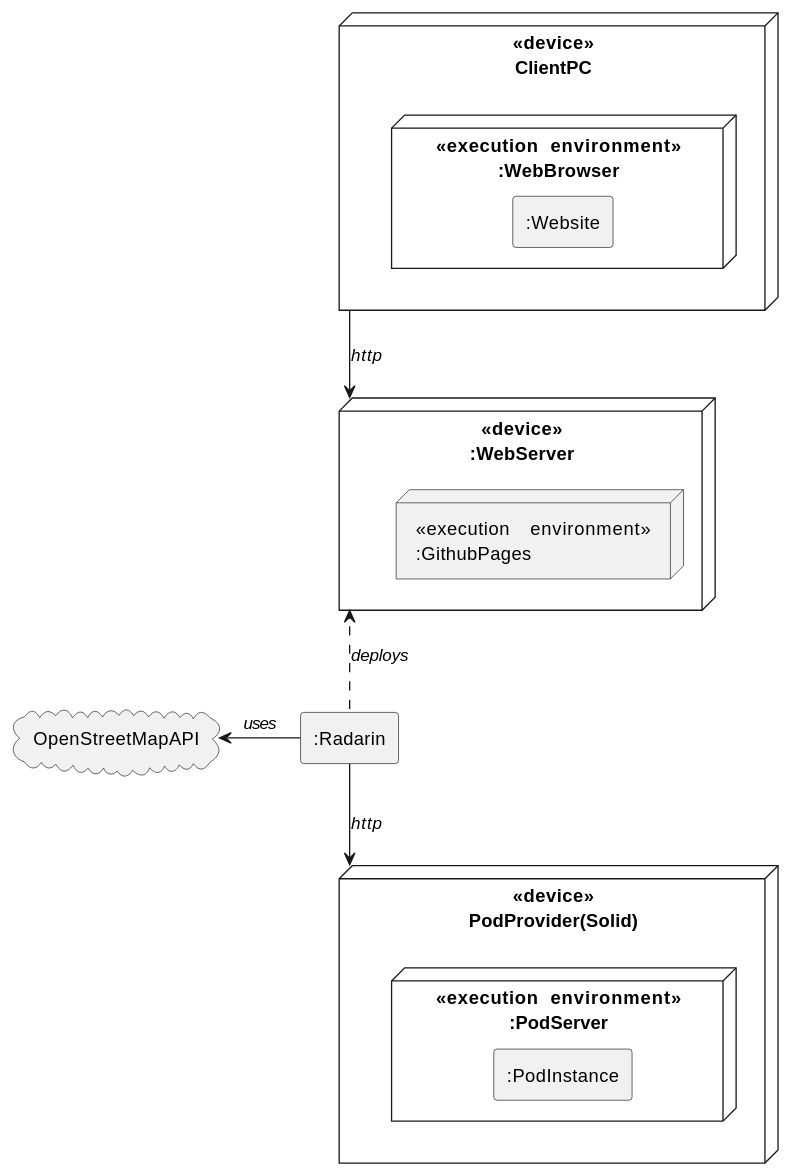
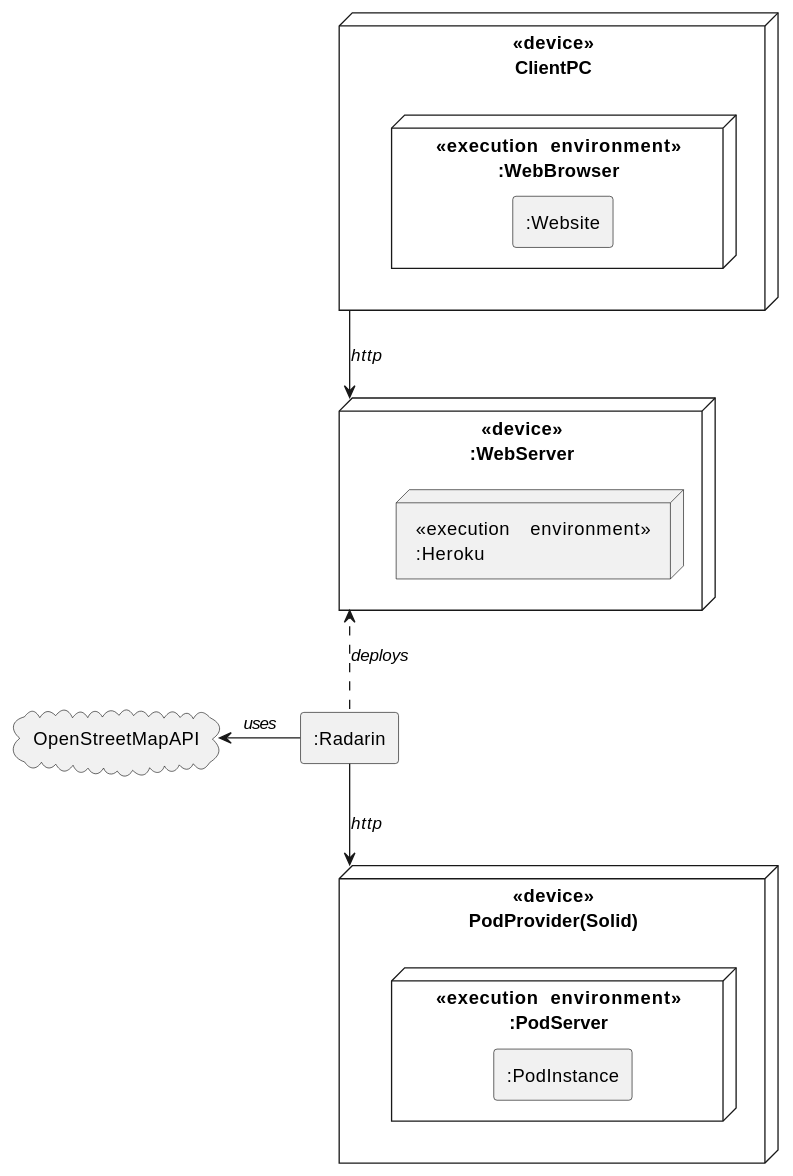
Before and after one commit to Arquisoft/radarin_en3b: the diagram in webapp/docs/07_deployment_view.adoc, drawn with PlantUML. The commit also changed other lines of this file and 7 other files, not shown here.

```diff
--- a/webapp/docs/07_deployment_view.adoc
+++ b/webapp/docs/07_deployment_view.adoc
@@ -8,32 +8,32 @@
 [plantuml, "Deployment diagram",png]
 ----
 node <<device>>\nClientPC as n1{
 node <<execution\tenvironment>>\n:WebBrowser{
 rectangle :Website{
 }
 }
 }
 
 node <<device>>\n:WebServer as n2{
-node <<execution\tenvironment>>\n:GithubPages{
+node <<execution\tenvironment>>\n:Heroku{
 }
 }
 
 rectangle :Radarin as r1{
 }
 
 node <<device>>\nPodProvider(Solid) as n3{
 node <<execution\tenvironment>>\n:PodServer{
 rectangle :PodInstance{
 }
 }
 }
 
 cloud OpenStreetMapAPI as c1{
 }
 
 n1 --> n2 : //http//
 n2  <..  r1  : //deploys//
 r1 --> n3 : //http//
 c1 <- r1 : //uses//
 ----
```
